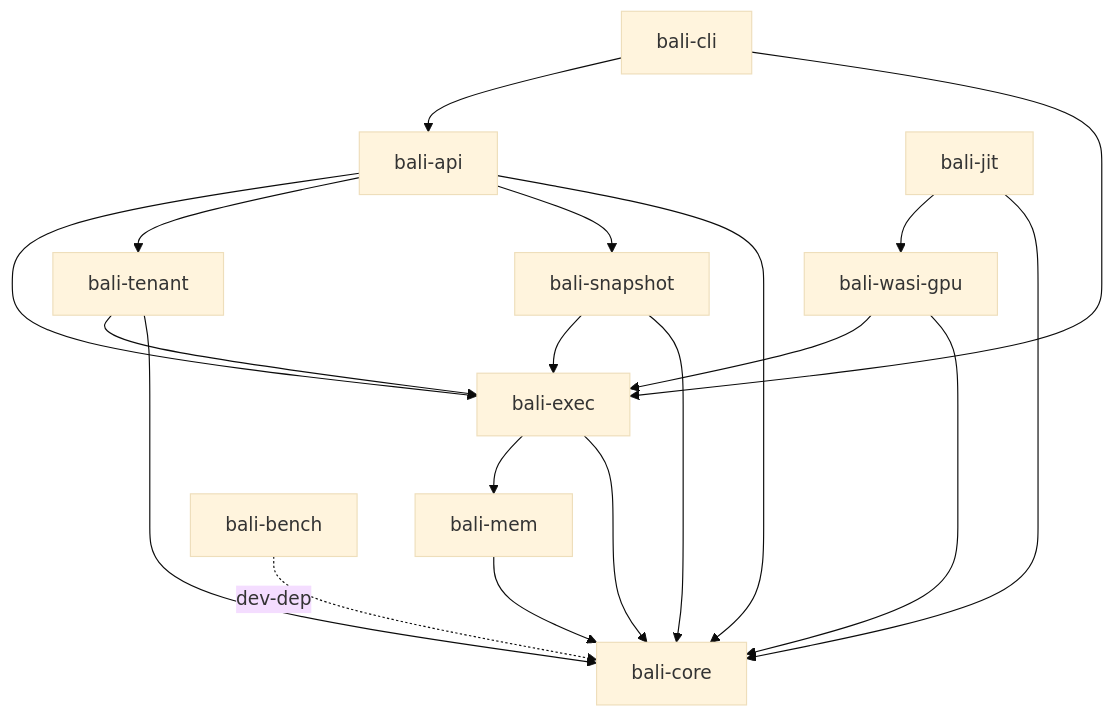
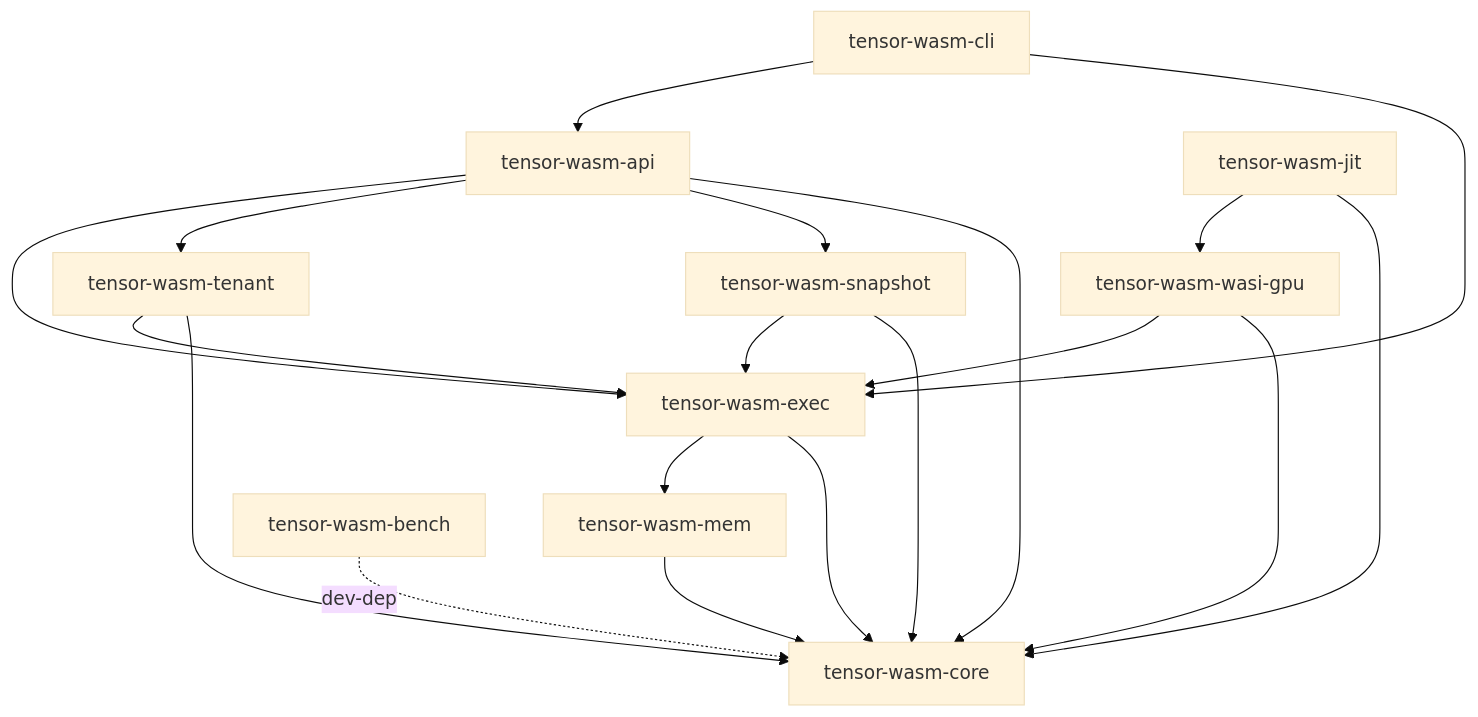
Before and after one commit to craton-co/craton-tensor-wasm: the diagram in ARCHITECTURE.md, drawn with Mermaid (base theme). The commit also changed other lines of this file and 278 other files, not shown here.

First line of the commit message:
v0.1.0 fix wave + rebrand to Craton TensorWasm (was Bali)

````diff
--- a/ARCHITECTURE.md
+++ b/ARCHITECTURE.md
@@ -50,21 +50,21 @@
 ```mermaid
 graph TD
-  cli[bali-cli] --> api[bali-api]
-  cli --> exec[bali-exec]
+  cli[tensor-wasm-cli] --> api[tensor-wasm-api]
+  cli --> exec[tensor-wasm-exec]
   api --> exec
-  api --> tenant[bali-tenant]
-  api --> snap[bali-snapshot]
+  api --> tenant[tensor-wasm-tenant]
+  api --> snap[tensor-wasm-snapshot]
   snap --> exec
   tenant --> exec
-  jit[bali-jit] --> wgpu[bali-wasi-gpu]
+  jit[tensor-wasm-jit] --> wgpu[tensor-wasm-wasi-gpu]
   wgpu --> exec
-  exec --> mem[bali-mem]
-  mem --> core[bali-core]
+  exec --> mem[tensor-wasm-mem]
+  mem --> core[tensor-wasm-core]
   exec --> core
   wgpu --> core
   jit --> core
   snap --> core
   tenant --> core
   api --> core
-  bench[bali-bench] -.dev-dep.-> core
+  bench[tensor-wasm-bench] -.dev-dep.-> core
 ```
````
